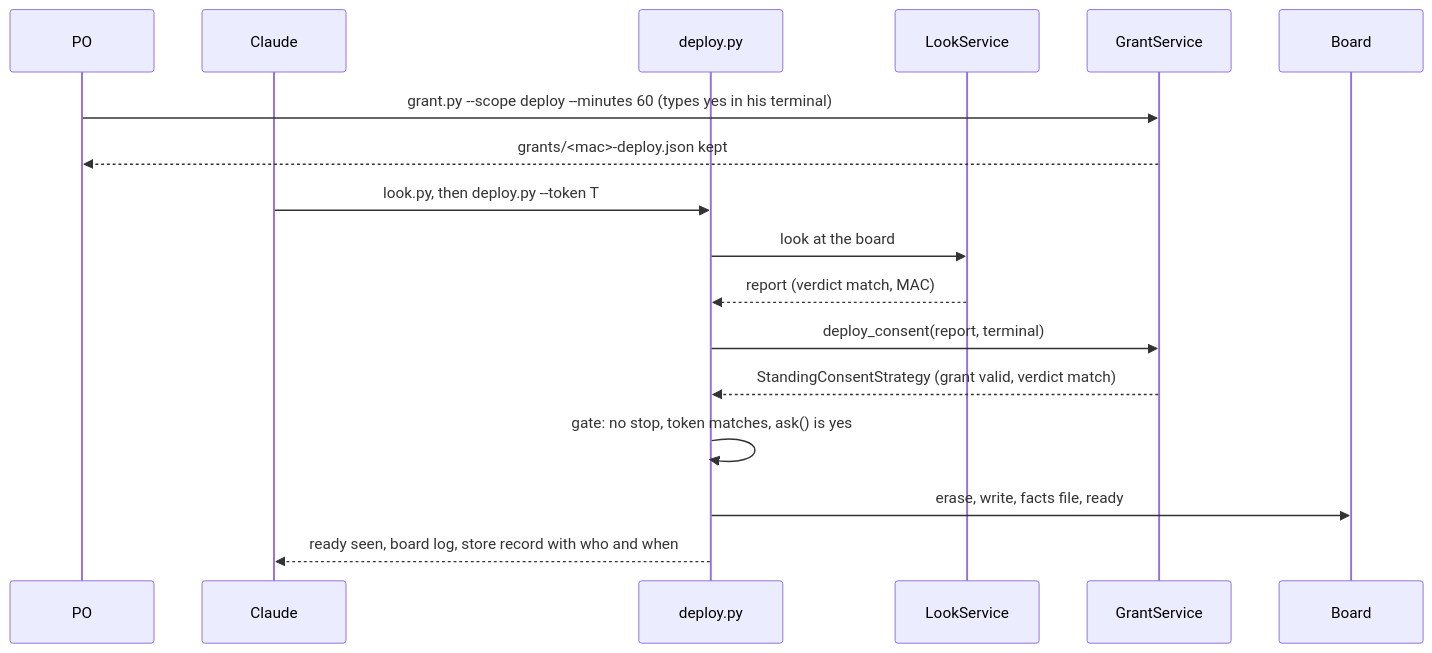
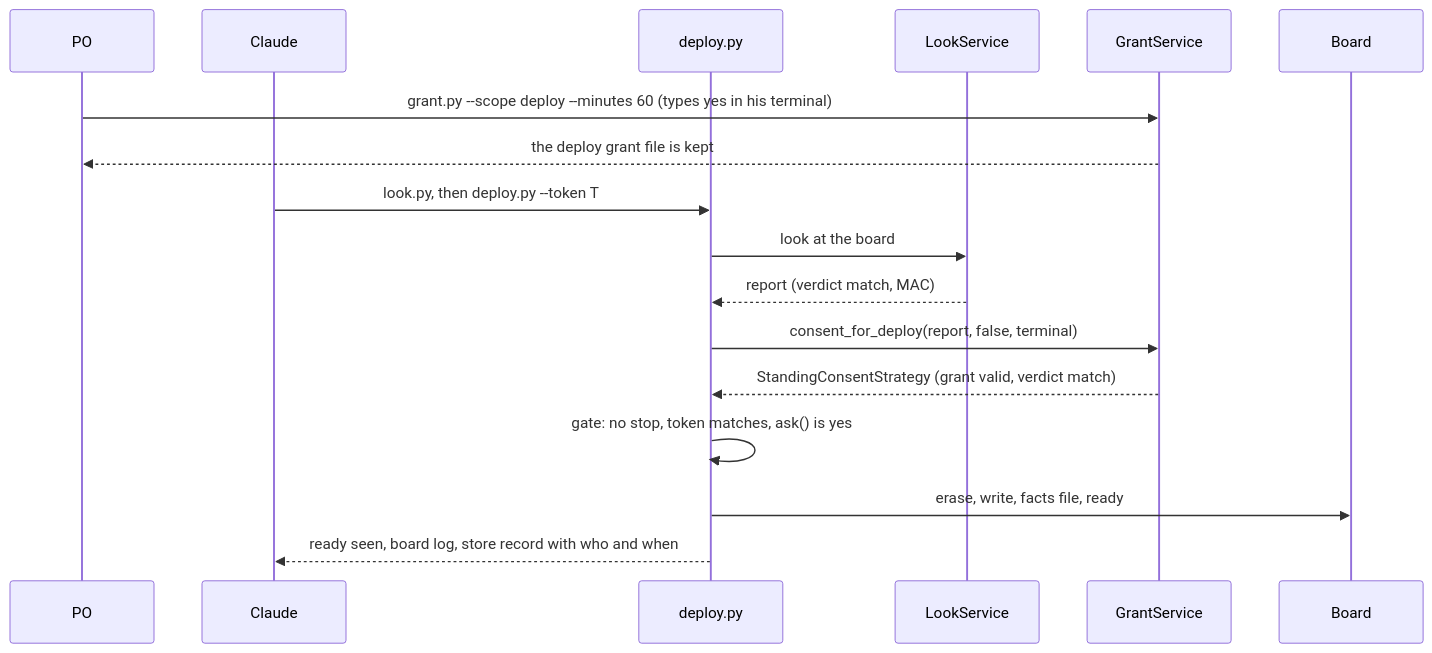
One commit to xmejkal/spark changed the third of 3 diagrams in docs/discovery/2026-10-17-p218-finish/brief.md. Above: the diagram before and after it, drawn with Mermaid. The commit also changed other lines of this file, not shown here.

````diff
--- a/docs/discovery/2026-10-17-p218-finish/brief.md
+++ b/docs/discovery/2026-10-17-p218-finish/brief.md
@@ -114,19 +135,19 @@
 ```mermaid
 sequenceDiagram
   participant PO
   participant Claude
   participant deploy as deploy.py
   participant look as LookService
   participant grants as GrantService
   participant board as Board
   PO->>grants: grant.py --scope deploy --minutes 60 (types yes in his terminal)
-  grants-->>PO: grants/<mac>-deploy.json kept
+  grants-->>PO: the deploy grant file is kept
   Claude->>deploy: look.py, then deploy.py --token T
   deploy->>look: look at the board
   look-->>deploy: report (verdict match, MAC)
-  deploy->>grants: deploy_consent(report, terminal)
+  deploy->>grants: consent_for_deploy(report, false, terminal)
   grants-->>deploy: StandingConsentStrategy (grant valid, verdict match)
   deploy->>deploy: gate: no stop, token matches, ask() is yes
   deploy->>board: erase, write, facts file, ready
   deploy-->>Claude: ready seen, board log, store record with who and when
 ```
````
